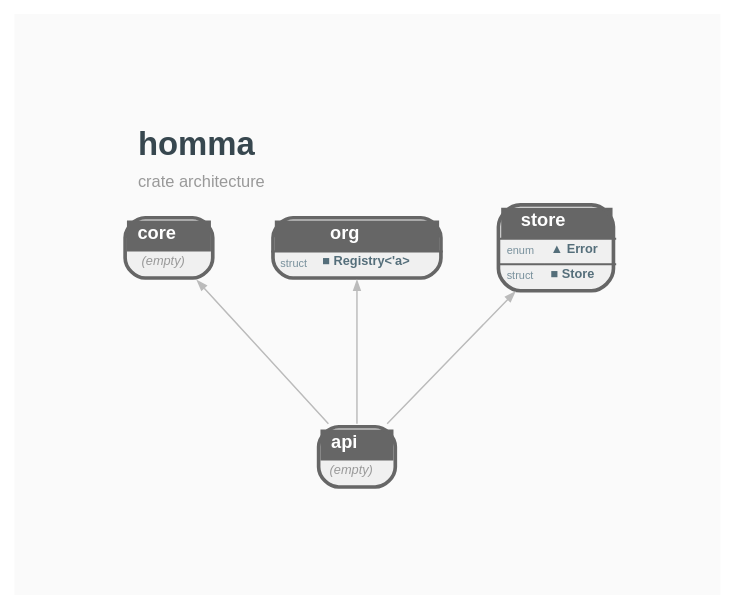
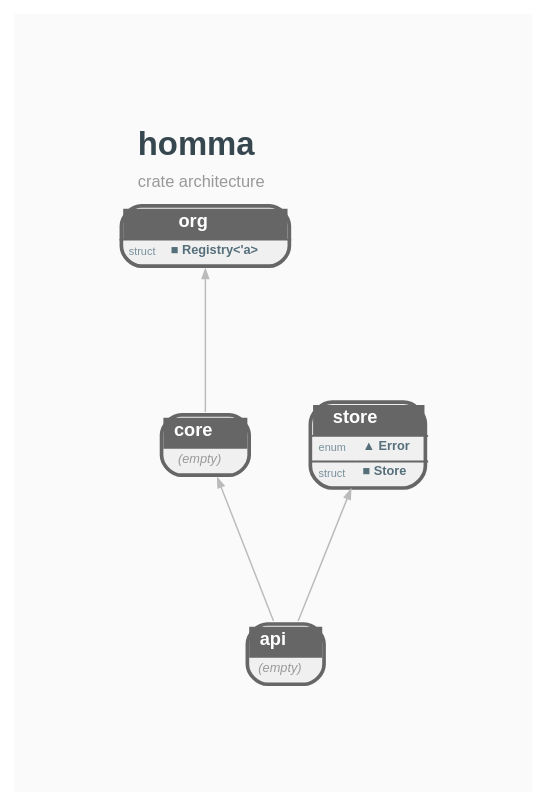
The diagram in docs/STRUCTURE.GRAPH.dot (orgrinrt/homma), drawn with Graphviz before and after one commit. The commit also changed 4 other files, not shown here.

```diff
--- a/docs/STRUCTURE.GRAPH.dot
+++ b/docs/STRUCTURE.GRAPH.dot
@@ -1,34 +1,35 @@
 // AUTO-GENERATED: DO NOT EDIT DIRECTLY
 //
 // Generated by: mockspace (mock)
-// Generated at: 2026-08-24T12:34:01Z
+// Generated at: 2026-08-24T17:02:33Z
 // Source: mock/
 // To regenerate: cargo mock
 
 digraph "homma" {
     rankdir=BT;
     newrank=true;
     bgcolor="#FAFAFA";
     graph [fontname="Helvetica", fontsize=10, pad=0.8, nodesep=0.4, ranksep=1.0];
     node [fontname="Helvetica", fontsize=8];
     edge [fontname="Helvetica", fontsize=7, color="#BBBBBB", arrowsize=0.5, penwidth=0.8];
 
     labelloc=t;
     labeljust=l;
     label=<<TABLE BORDER="0" CELLBORDER="0" CELLSPACING="0"><TR><TD ALIGN="LEFT"><FONT POINT-SIZE="18" COLOR="#37474F"><B>homma</B></FONT></TD></TR><TR><TD ALIGN="LEFT"><FONT POINT-SIZE="9" COLOR="#999999">crate architecture</FONT></TD></TR></TABLE>>;
 
     homma_api [shape=none, margin=0, label=<<TABLE BORDER="2" CELLBORDER="0" CELLSPACING="0" CELLPADDING="3" BGCOLOR="#F0F0F0" COLOR="#666666" STYLE="ROUNDED"><TR><TD COLSPAN="2" BGCOLOR="#666666" ALIGN="CENTER"><FONT COLOR="white" POINT-SIZE="10"><B>  api  </B></FONT></TD></TR><TR><TD COLSPAN="2"><FONT COLOR="#999999" POINT-SIZE="7"><I>(empty)</I></FONT></TD></TR></TABLE>>];
     homma_core [shape=none, margin=0, label=<<TABLE BORDER="2" CELLBORDER="0" CELLSPACING="0" CELLPADDING="3" BGCOLOR="#F0F0F0" COLOR="#666666" STYLE="ROUNDED"><TR><TD COLSPAN="2" BGCOLOR="#666666" ALIGN="CENTER"><FONT COLOR="white" POINT-SIZE="10"><B>  core  </B></FONT></TD></TR><TR><TD COLSPAN="2"><FONT COLOR="#999999" POINT-SIZE="7"><I>(empty)</I></FONT></TD></TR></TABLE>>];
     homma_org [shape=none, margin=0, label=<<TABLE BORDER="2" CELLBORDER="0" CELLSPACING="0" CELLPADDING="3" BGCOLOR="#F0F0F0" COLOR="#666666" STYLE="ROUNDED"><TR><TD COLSPAN="2" BGCOLOR="#666666" ALIGN="CENTER"><FONT COLOR="white" POINT-SIZE="10"><B>  org  </B></FONT></TD></TR><HR/><TR><TD ALIGN="LEFT"><FONT COLOR="#78909C" POINT-SIZE="6">struct</FONT></TD><TD ALIGN="LEFT" PORT="p_Registry"><FONT COLOR="#546E7A" POINT-SIZE="7"><B>■ Registry&lt;'a&gt;</B></FONT></TD></TR></TABLE>>];
     homma_store [shape=none, margin=0, label=<<TABLE BORDER="2" CELLBORDER="0" CELLSPACING="0" CELLPADDING="3" BGCOLOR="#F0F0F0" COLOR="#666666" STYLE="ROUNDED"><TR><TD COLSPAN="2" BGCOLOR="#666666" ALIGN="CENTER"><FONT COLOR="white" POINT-SIZE="10"><B>  store  </B></FONT></TD></TR><HR/><TR><TD ALIGN="LEFT"><FONT COLOR="#78909C" POINT-SIZE="6">enum</FONT></TD><TD ALIGN="LEFT" PORT="p_Error"><FONT COLOR="#546E7A" POINT-SIZE="7"><B>▲ Error</B></FONT></TD></TR><HR/><TR><TD ALIGN="LEFT"><FONT COLOR="#78909C" POINT-SIZE="6">struct</FONT></TD><TD ALIGN="LEFT" PORT="p_Store"><FONT COLOR="#546E7A" POINT-SIZE="7"><B>■ Store</B></FONT></TD></TR></TABLE>>];
 
     { rank=same; homma_api; } // depth 0
-    { rank=same; homma_core; homma_org; homma_store; } // depth 1
+    { rank=same; homma_core; homma_store; } // depth 1
+    { rank=same; homma_org; } // depth 2
 
 
     // Dependency edges (transitively reduced)
     homma_api -> homma_core;
-    homma_api -> homma_org;
+    homma_core -> homma_org;
     homma_api -> homma_store;
 
 }
```
